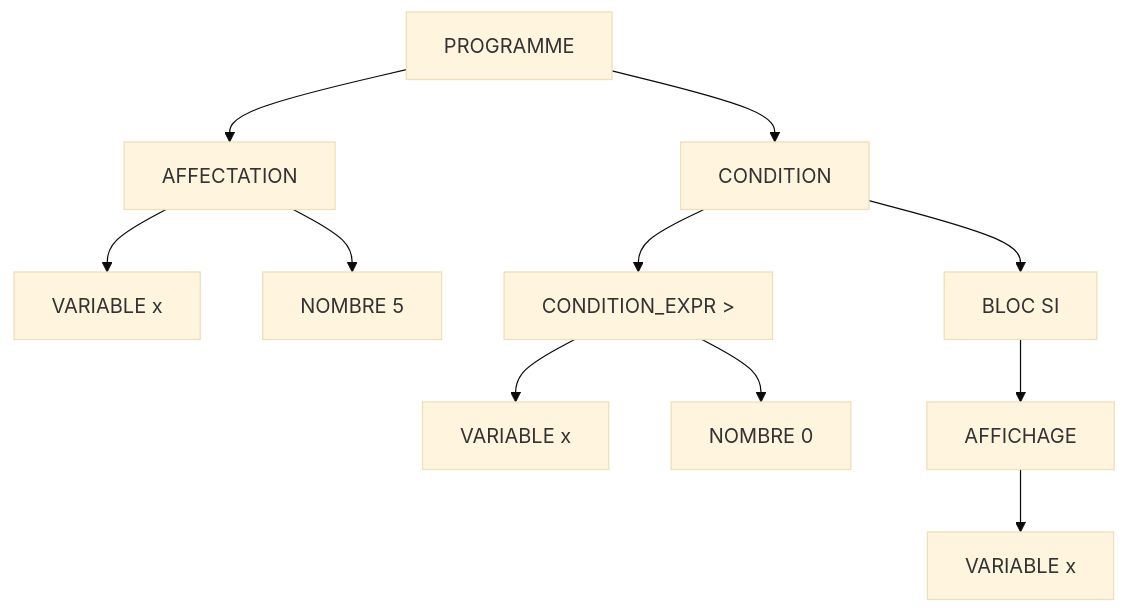
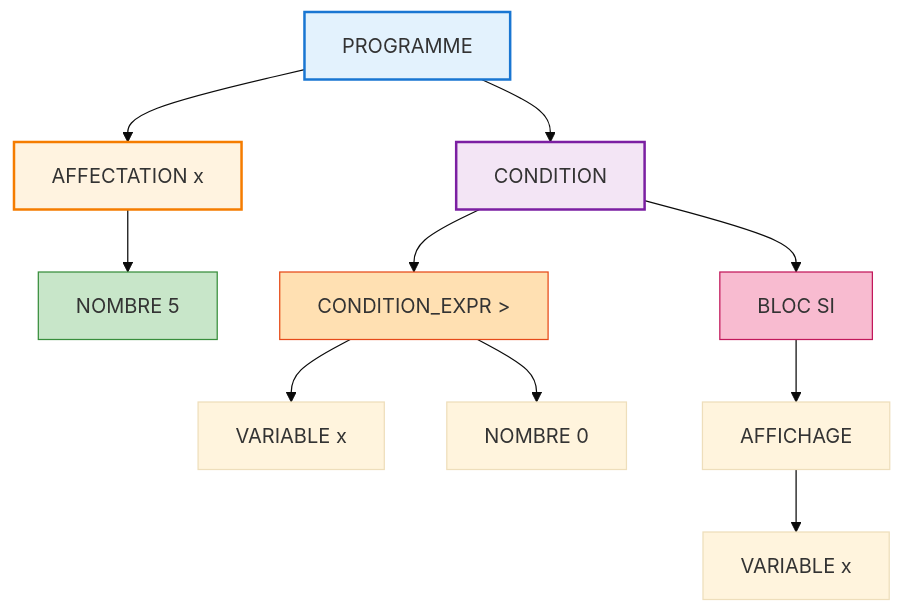
Before and after one commit to Yahia995/galant-compiler: the fourth of 13 diagrams in ARCHITECTURE.md, drawn with Mermaid (base theme). The commit also changed other lines of this file, not shown here.

````diff
--- a/ARCHITECTURE.md
+++ b/ARCHITECTURE.md
@@ -453,18 +430,23 @@
 ```mermaid
-flowchart TD
-    P[PROGRAMME]
-
-    P --> A[AFFECTATION]
-    A --> AX[VARIABLE x]
-    A --> N5[NOMBRE 5]
-
-    P --> C[CONDITION]
-
-    C --> CE[CONDITION_EXPR >]
-    CE --> VX[VARIABLE x]
-    CE --> N0[NOMBRE 0]
-
-    C --> BI[BLOC SI]
-    BI --> AF[AFFICHAGE]
-    AF --> VX2[VARIABLE x]
+graph TD
+    A[PROGRAMME] --> B[AFFECTATION x]
+    A --> C[CONDITION]
+    
+    B --> B1[NOMBRE 5]
+    
+    C --> C1[CONDITION_EXPR >]
+    C --> C2[BLOC SI]
+    
+    C1 --> C1A[VARIABLE x]
+    C1 --> C1B[NOMBRE 0]
+    
+    C2 --> C2A[AFFICHAGE]
+    C2A --> C2A1[VARIABLE x]
+    
+    style A fill:#e3f2fd,stroke:#1976d2,stroke-width:2px
+    style B fill:#fff3e0,stroke:#f57c00,stroke-width:2px
+    style C fill:#f3e5f5,stroke:#7b1fa2,stroke-width:2px
+    style B1 fill:#c8e6c9,stroke:#388e3c
+    style C1 fill:#ffe0b2,stroke:#e64a19
+    style C2 fill:#f8bbd0,stroke:#c2185b
 ```
````
